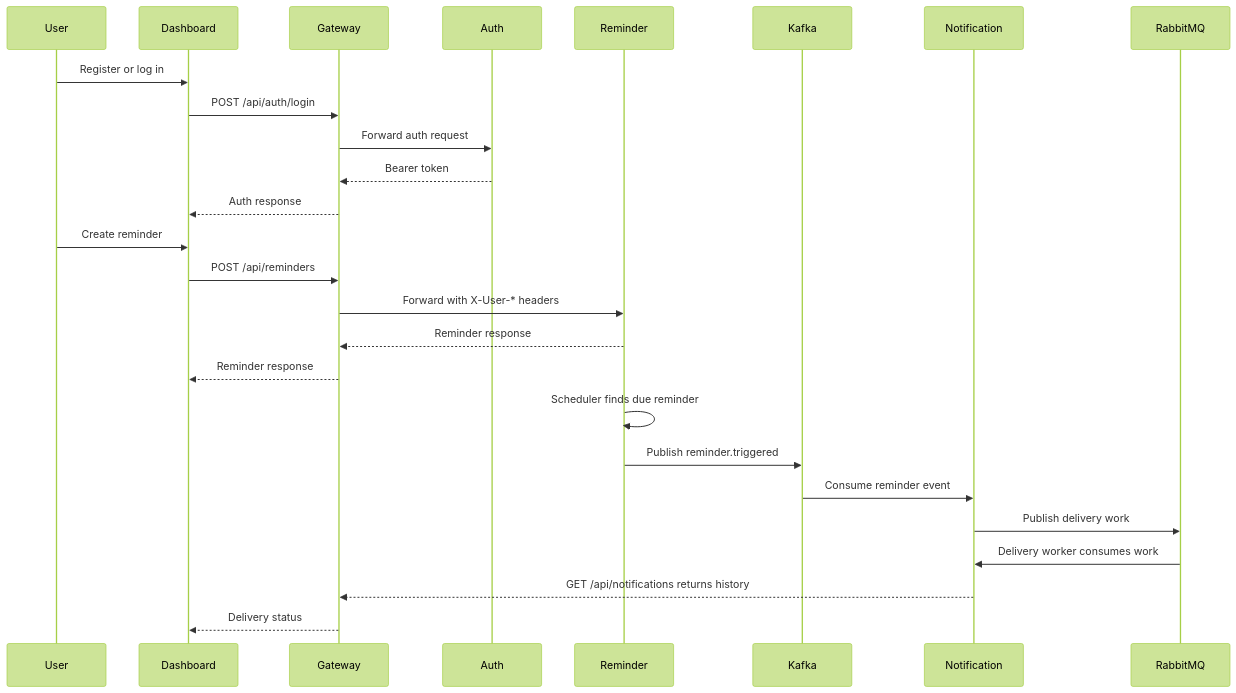
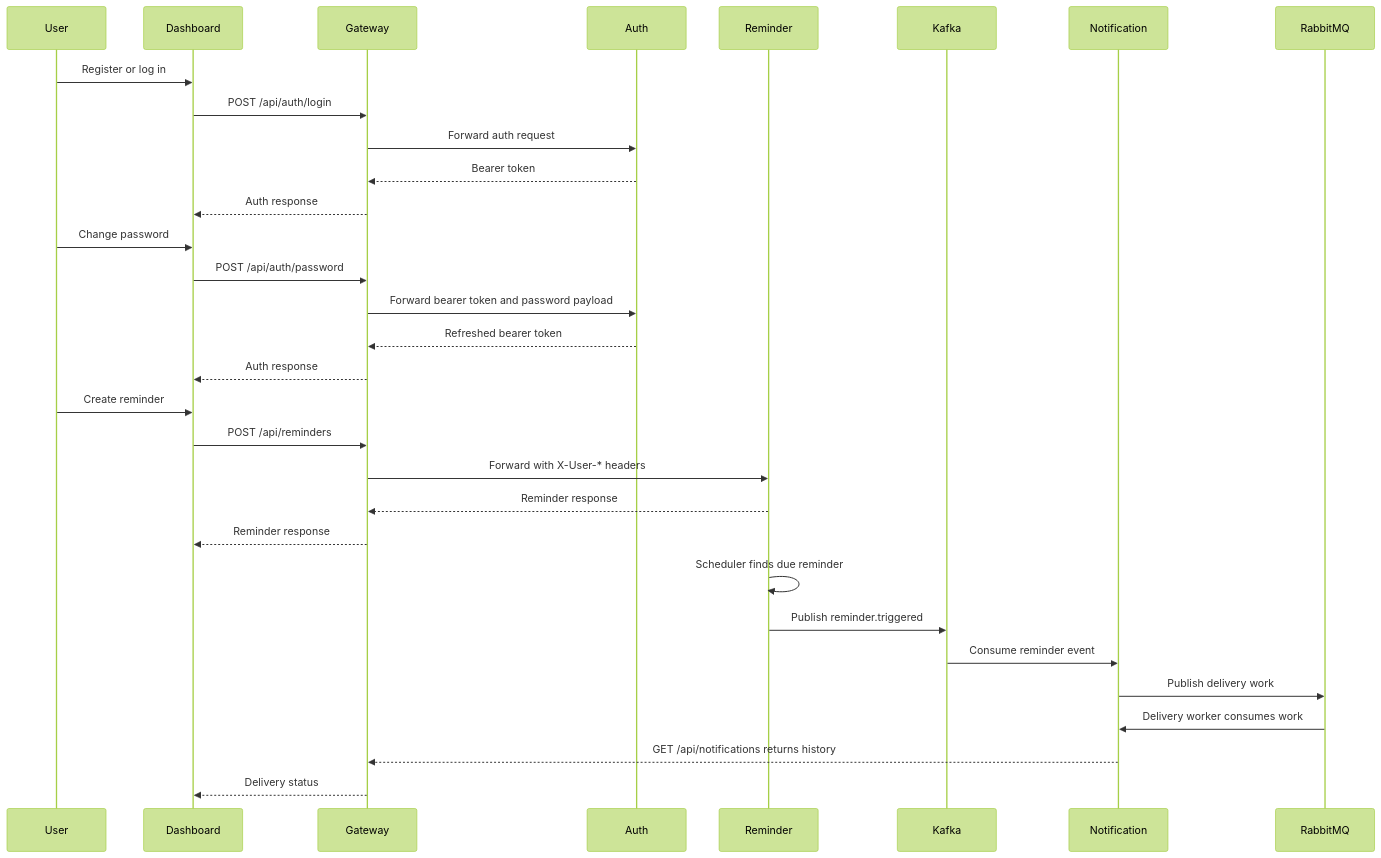
Before and after one commit to hacisimsek/notifyhub: the second of 2 diagrams in docs/architecture/README.md, drawn with Mermaid (forest theme). The commit also changed other lines of this file and 18 other files, not shown here.

Commit message:
feat: add account settings flow

````diff
--- a/docs/architecture/README.md
+++ b/docs/architecture/README.md
@@ -45,31 +45,37 @@
 ```mermaid
 sequenceDiagram
   participant User
   participant Dashboard
   participant Gateway
   participant Auth
   participant Reminder
   participant Kafka
   participant Notification
   participant RabbitMQ
 
   User->>Dashboard: Register or log in
   Dashboard->>Gateway: POST /api/auth/login
   Gateway->>Auth: Forward auth request
   Auth-->>Gateway: Bearer token
   Gateway-->>Dashboard: Auth response
 
+  User->>Dashboard: Change password
+  Dashboard->>Gateway: POST /api/auth/password
+  Gateway->>Auth: Forward bearer token and password payload
+  Auth-->>Gateway: Refreshed bearer token
+  Gateway-->>Dashboard: Auth response
+
   User->>Dashboard: Create reminder
   Dashboard->>Gateway: POST /api/reminders
   Gateway->>Reminder: Forward with X-User-* headers
   Reminder-->>Gateway: Reminder response
   Gateway-->>Dashboard: Reminder response
 
   Reminder->>Reminder: Scheduler finds due reminder
   Reminder->>Kafka: Publish reminder.triggered
   Kafka->>Notification: Consume reminder event
   Notification->>RabbitMQ: Publish delivery work
   RabbitMQ->>Notification: Delivery worker consumes work
   Notification-->>Gateway: GET /api/notifications returns history
   Gateway-->>Dashboard: Delivery status
 ```
````
